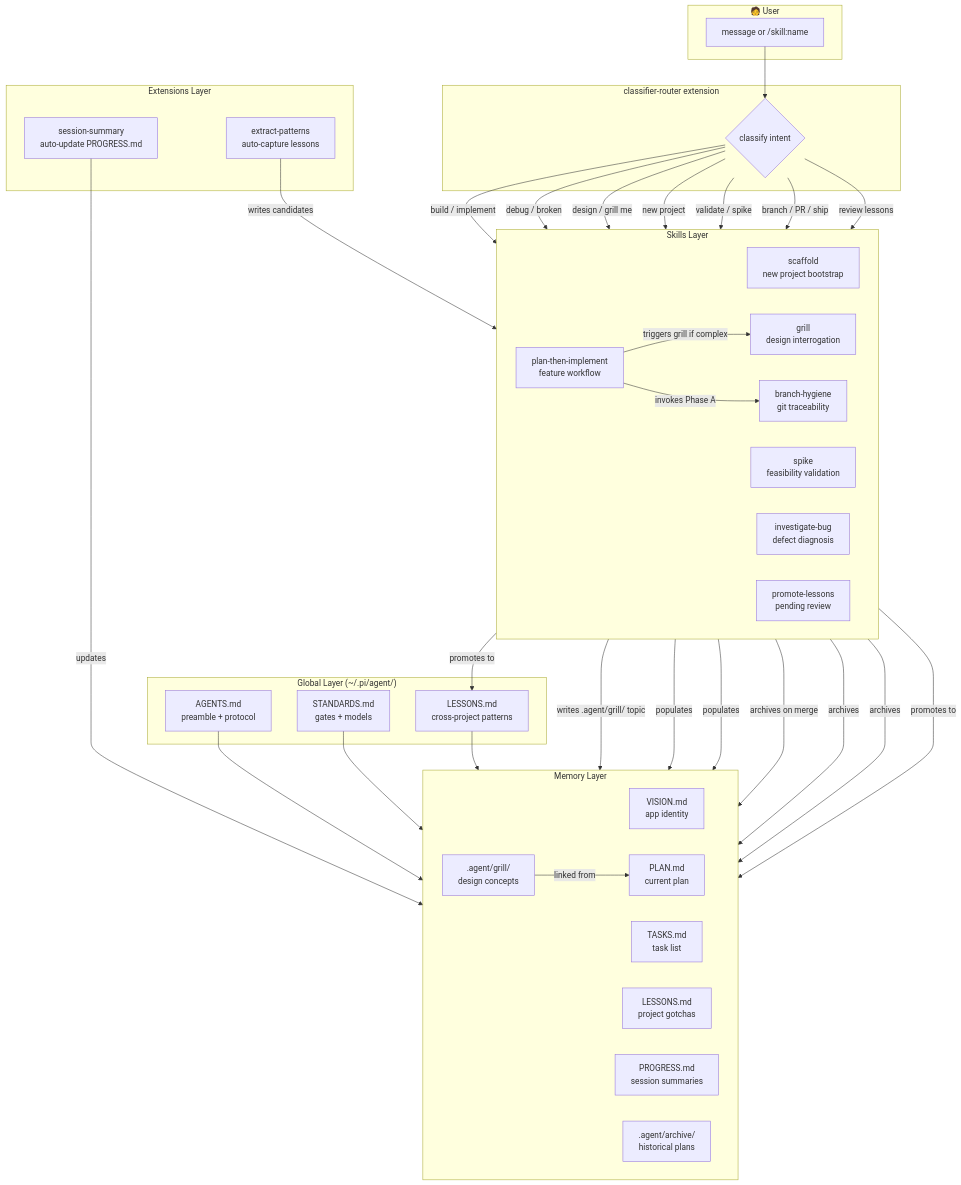
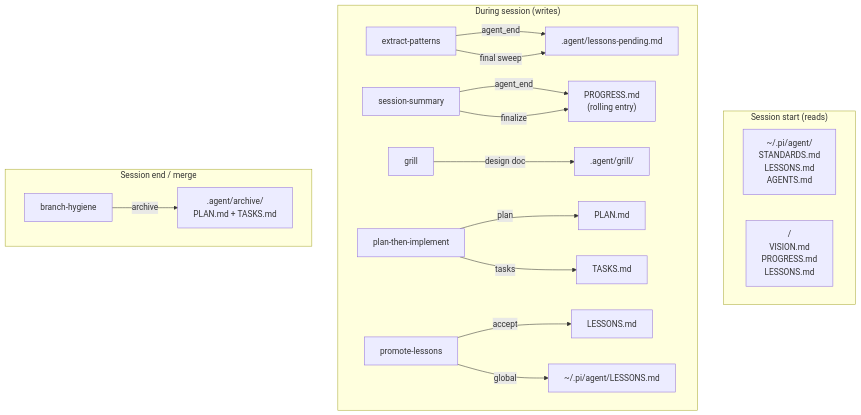
One commit to LabidySabidy/pi-agent-harness changed the second of 2 diagrams in agent/README.md. Above: the diagram before and after it, drawn with Mermaid. The commit also changed other lines of this file, not shown here.

Commit message:
Simplify architecture diagrams — one composition graph, one memory lifecycle

````diff
--- a/agent/README.md
+++ b/agent/README.md
@@ -7,71 +29,23 @@
 ```mermaid
-flowchart TB
-    subgraph User["🧑 User"]
-        MSG["message or /skill:name"]
+flowchart TD
+    subgraph Start["Session start (reads)"]
+        GLOBAL["~/.pi/agent/<br/>STANDARDS.md<br/>LESSONS.md<br/>AGENTS.md"]
+        PROJECT["<project>/<br/>VISION.md<br/>PROGRESS.md<br/>LESSONS.md"]
     end
 
-    subgraph CR["classifier-router extension"]
-        ROUTE{"classify intent"}
+    subgraph During["During session (writes)"]
+        EP["extract-patterns"] -->|"agent_end"| PENDING[".agent/lessons-pending.md"]
+        SS["session-summary"] -->|"agent_end"| PROGRESS["PROGRESS.md<br/>(rolling entry)"]
+        GRILL_OUT["grill"] -->|"design doc"| GRILL_DIR[".agent/grill/"]
+        PLAN_OUT["plan-then-implement"] -->|"plan"| PLAN_MD["PLAN.md"]
+        PLAN_OUT -->|"tasks"| TASKS["TASKS.md"]
+        PROMOTE_OUT["promote-lessons"] -->|"accept"| LESSONS["LESSONS.md"]
+        PROMOTE_OUT -->|"global"| GLOBAL_LESSONS["~/.pi/agent/LESSONS.md"]
     end
 
-    subgraph Skills["Skills Layer"]
-        direction LR
-        SCAFFOLD["scaffold<br/>new project bootstrap"]
-        SPIKE["spike<br/>feasibility validation"]
-        GRILL["grill<br/>design interrogation"]
-        PLAN["plan-then-implement<br/>feature workflow"]
-        BUG["investigate-bug<br/>defect diagnosis"]
-        BRANCH["branch-hygiene<br/>git traceability"]
-        PROMOTE["promote-lessons<br/>pending review"]
+    subgraph End["Session end / merge"]
+        BRANCH_OUT["branch-hygiene"] -->|"archive"| ARCHIVE[".agent/archive/<br/>PLAN.md + TASKS.md"]
+        SS -->|"finalize"| PROGRESS
+        EP -->|"final sweep"| PENDING
     end
-
-    subgraph Extensions["Extensions Layer"]
-        SS["session-summary<br/>auto-update PROGRESS.md"]
-        EP["extract-patterns<br/>auto-capture lessons"]
-    end
-
-    subgraph Memory["Memory Layer"]
-        direction LR
-        VISION["VISION.md<br/>app identity"]
-        PLAN_MD["PLAN.md<br/>current plan"]
-        TASKS["TASKS.md<br/>task list"]
-        LESSONS["LESSONS.md<br/>project gotchas"]
-        PROGRESS["PROGRESS.md<br/>session summaries"]
-        GRILL_DIR[".agent/grill/<br/>design concepts"]
-        ARCHIVE[".agent/archive/<br/>historical plans"]
-    end
-
-    subgraph Global["Global Layer (~/.pi/agent/)"]
-        AGENTS["AGENTS.md<br/>preamble + protocol"]
-        STANDARDS["STANDARDS.md<br/>gates + models"]
-        GLOBAL_LESSONS["LESSONS.md<br/>cross-project patterns"]
-    end
-
-    MSG --> ROUTE
-    ROUTE -->|"build / implement"| PLAN
-    ROUTE -->|"debug / broken"| BUG
-    ROUTE -->|"design / grill me"| GRILL
-    ROUTE -->|"new project"| SCAFFOLD
-    ROUTE -->|"validate / spike"| SPIKE
-    ROUTE -->|"branch / PR / ship"| BRANCH
-    ROUTE -->|"review lessons"| PROMOTE
-
-    PLAN -->|"triggers grill if complex"| GRILL
-    GRILL -->|"writes .agent/grill/ topic"| GRILL_DIR
-    GRILL_DIR -->|"linked from"| PLAN_MD
-    PLAN -->|"populates"| PLAN_MD
-    PLAN -->|"populates"| TASKS
-    PLAN -->|"invokes Phase A"| BRANCH
-    BRANCH -->|"archives on merge"| ARCHIVE
-    BRANCH -->|"archives"| PLAN_MD
-    BRANCH -->|"archives"| TASKS
-
-    EP -->|"writes candidates"| PROMOTE
-    PROMOTE -->|"promotes to"| LESSONS
-    PROMOTE -->|"promotes to"| GLOBAL_LESSONS
-    SS -->|"updates"| PROGRESS
-
-    AGENTS --> Memory
-    STANDARDS --> Memory
-    GLOBAL_LESSONS --> Memory
 ```
````
